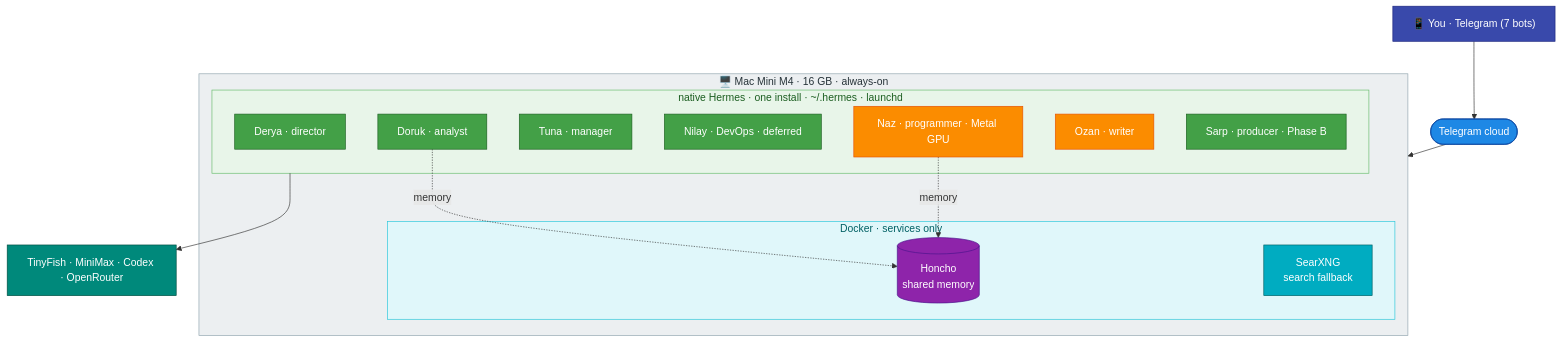
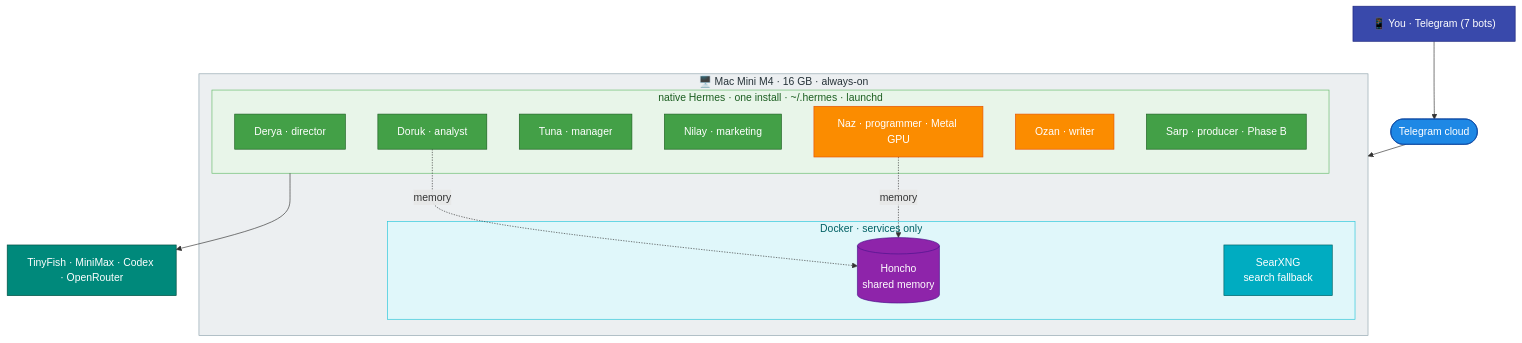
Before and after one commit to mpolatcan/hermes-setup: the first of 2 diagrams in README.md, drawn with Mermaid. The commit also changed other lines of this file and 12 other files, not shown here.

First line of the commit message:
refactor: repurpose 7th agent ops(Nilay/DevOps) -> marketing(Nilay)

````diff
--- a/README.md
+++ b/README.md
@@ -5,35 +5,35 @@
 ```mermaid
 flowchart TB
     you["📱 You · Telegram (7 bots)"]:::user
     you --> tg(["Telegram cloud"]):::net
     subgraph mini["🖥️ Mac Mini M4 · 16 GB · always-on"]
         subgraph hermes["native Hermes · one install · ~/.hermes · launchd"]
             general["Derya · director"]:::mini
             researcher["Doruk · analyst"]:::mini
             assistant["Tuna · manager"]:::mini
-            ops["Nilay · DevOps · deferred"]:::mini
+            marketing["Nilay · marketing"]:::mini
             coder["Naz · programmer · Metal GPU"]:::codex
             writer["Ozan · writer"]:::codex
             producer["Sarp · producer · Phase B"]:::mini
         end
         subgraph svc["Docker · services only"]
             Honcho[("Honcho<br/>shared memory")]:::infra
             SearXNG["SearXNG<br/>search fallback"]:::svc
         end
     end
     tg --> mini
     coder -. memory .-> Honcho
     researcher -. memory .-> Honcho
     ext["TinyFish · MiniMax · Codex · OpenRouter"]:::ext
     hermes --> ext
     classDef user fill:#3949AB,stroke:#1A237E,color:#fff
     classDef net fill:#1E88E5,stroke:#0D47A1,color:#fff
     classDef mini fill:#43A047,stroke:#1B5E20,color:#fff
     classDef codex fill:#FB8C00,stroke:#E65100,color:#fff
     classDef infra fill:#8E24AA,stroke:#4A148C,color:#fff
     classDef svc fill:#00ACC1,stroke:#006064,color:#fff
     classDef ext fill:#00897B,stroke:#004D40,color:#fff
     style mini fill:#ECEFF1,stroke:#90A4AE,color:#263238
     style hermes fill:#E8F5E9,stroke:#66BB6A,color:#1B5E20
     style svc fill:#E0F7FA,stroke:#26C6DA,color:#006064
 ```
````
